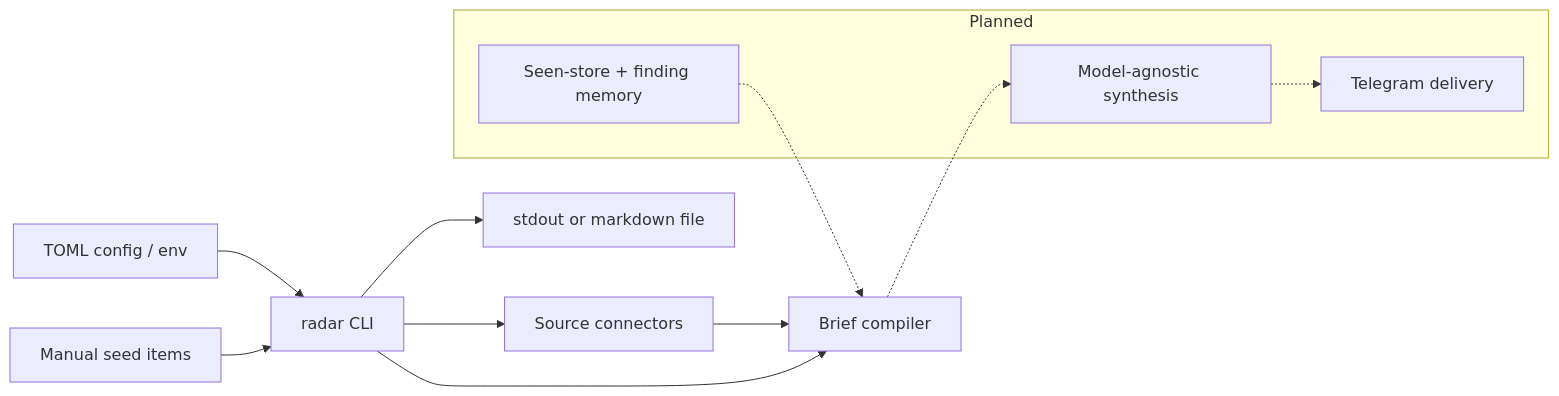
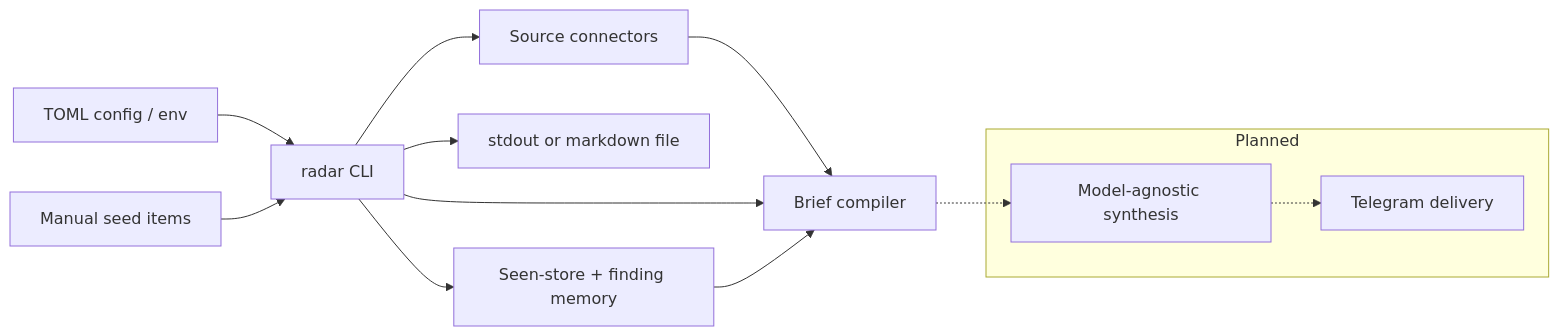
The diagram in README.md (mastroke/ai-research-radar), drawn with Mermaid before and after one commit. The commit also changed other lines of this file and 3 other files, not shown here.

````diff
--- a/README.md
+++ b/README.md
@@ -26,19 +26,19 @@
 ```mermaid
 flowchart LR
     Config[TOML config / env] --> CLI[radar CLI]
     CLI --> Connectors[Source connectors]
     Connectors --> Briefing[Brief compiler]
     CLI --> Briefing
     CLI --> Writer[stdout or markdown file]
+    CLI --> Memory[Seen-store + finding memory]
+    Memory --> Briefing
     SeedItems[Manual seed items] --> CLI
 
     subgraph Planned
-        Memory[Seen-store + finding memory]
         LLM[Model-agnostic synthesis]
         Telegram[Telegram delivery]
     end
 
-    Memory -.-> Briefing
     Briefing -.-> LLM
     LLM -.-> Telegram
 ```
````
